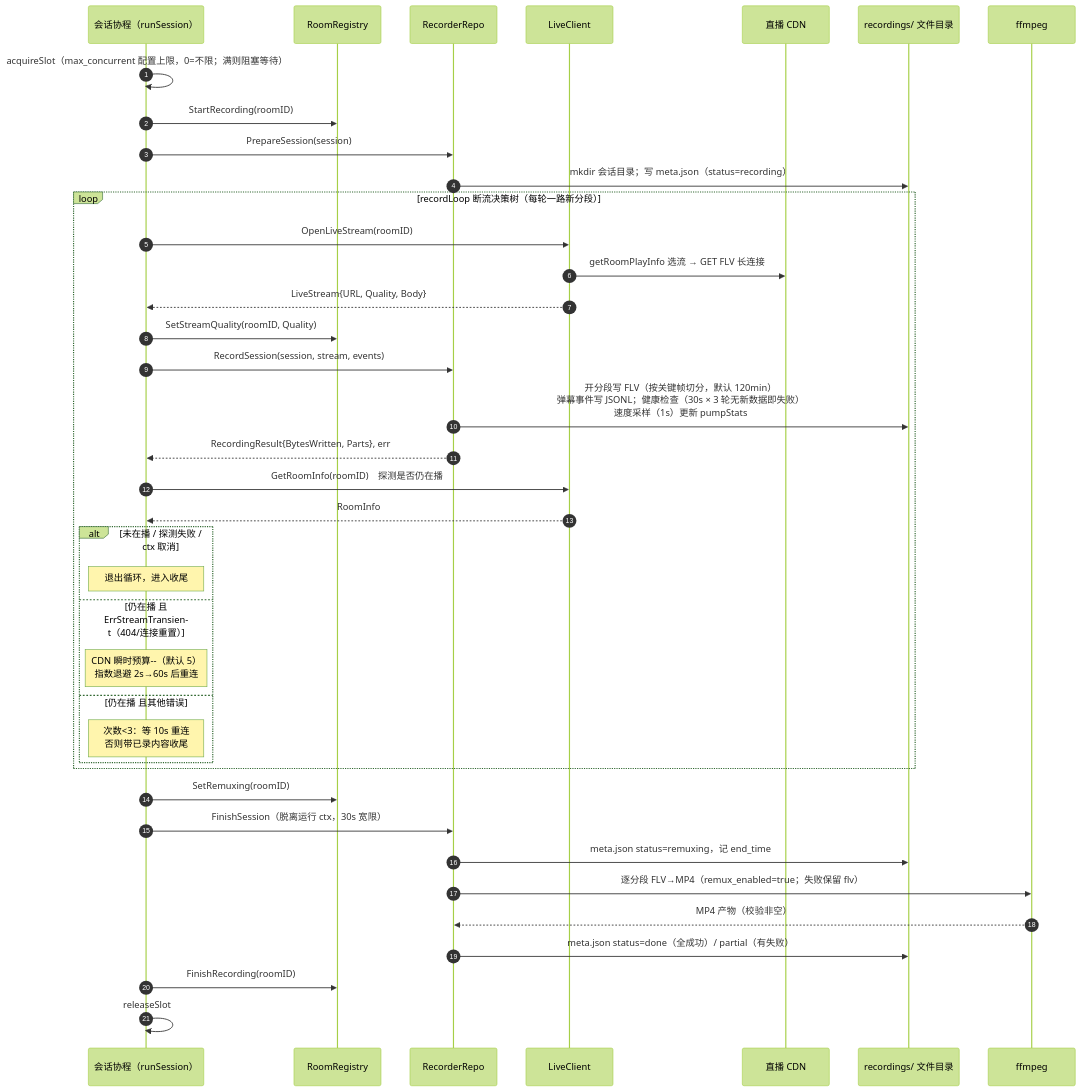
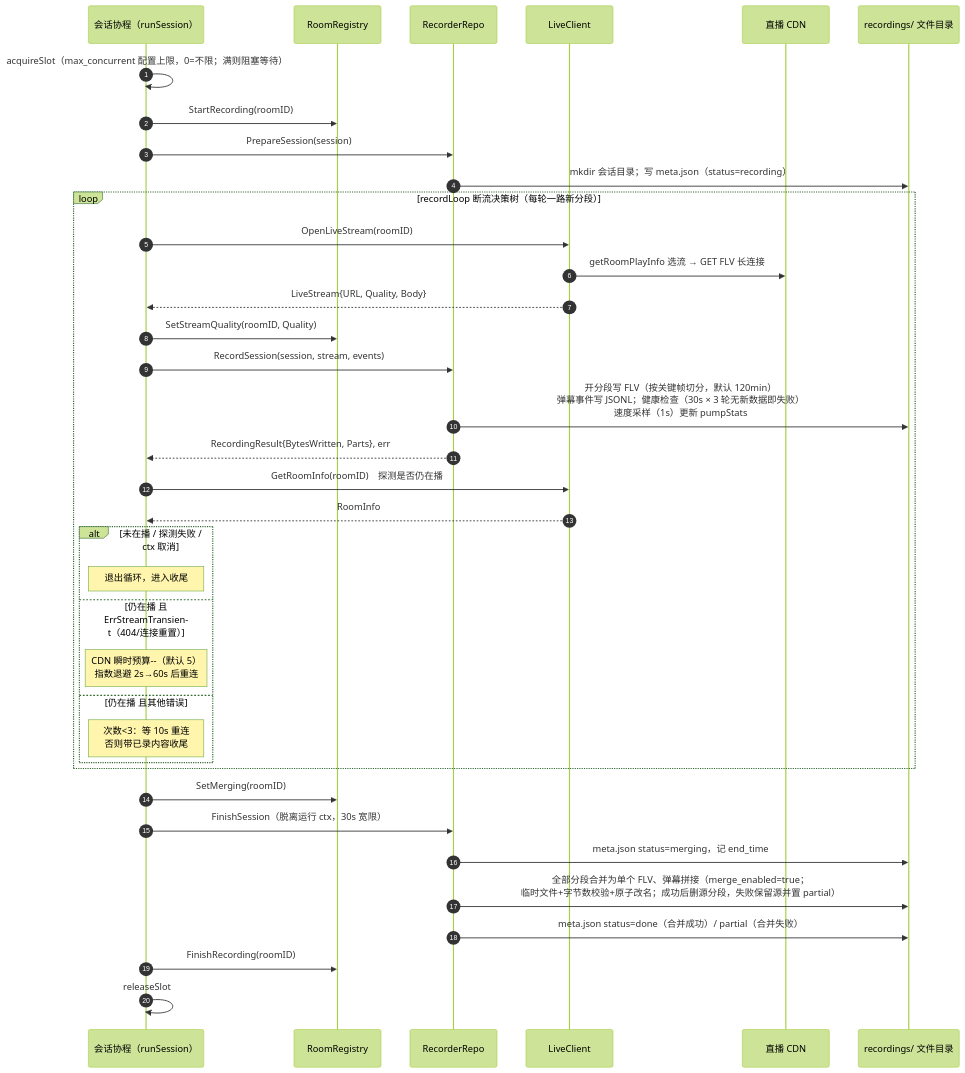
Before and after one commit to xgbt/suika: the fifth of 10 diagrams in docs/design/architecture-diagrams.md, drawn with Mermaid (forest theme). The commit also changed other lines of this file and 34 other files, not shown here.

````diff
--- a/docs/design/architecture-diagrams.md
+++ b/docs/design/architecture-diagrams.md
@@ -246,44 +244,42 @@
 ```mermaid
 sequenceDiagram
     autonumber
     participant Sess as 会话协程（runSession）
     participant G as RoomRegistry
     participant RR as RecorderRepo
     participant LC as LiveClient
     participant CDN as 直播 CDN
     participant FS as recordings/ 文件目录
-    participant FF as ffmpeg
 
     Sess->>Sess: acquireSlot（max_concurrent 配置上限，0=不限；满则阻塞等待）
     Sess->>G: StartRecording(roomID)
     Sess->>RR: PrepareSession(session)
     RR->>FS: mkdir 会话目录；写 meta.json（status=recording）
 
     loop recordLoop 断流决策树（每轮一路新分段）
         Sess->>LC: OpenLiveStream(roomID)
         LC->>CDN: getRoomPlayInfo 选流 → GET FLV 长连接
         LC-->>Sess: LiveStream{URL, Quality, Body}
         Sess->>G: SetStreamQuality(roomID, Quality)
         Sess->>RR: RecordSession(session, stream, events)
         RR->>FS: 开分段写 FLV（按关键帧切分，默认 120min）<br/>弹幕事件写 JSONL；健康检查（30s × 3 轮无新数据即失败）<br/>速度采样（1s）更新 pumpStats
         RR-->>Sess: RecordingResult{BytesWritten, Parts}, err
         Sess->>LC: GetRoomInfo(roomID)　探测是否仍在播
         LC-->>Sess: RoomInfo
         alt 未在播 / 探测失败 / ctx 取消
             Note over Sess: 退出循环，进入收尾
         else 仍在播 且 ErrStreamTransient（404/连接重置）
             Note over Sess: CDN 瞬时预算--（默认 5）<br/>指数退避 2s→60s 后重连
         else 仍在播 且其他错误
             Note over Sess: 次数<3：等 10s 重连<br/>否则带已录内容收尾
         end
     end
 
-    Sess->>G: SetRemuxing(roomID)
+    Sess->>G: SetMerging(roomID)
     Sess->>RR: FinishSession（脱离运行 ctx，30s 宽限）
-    RR->>FS: meta.json status=remuxing，记 end_time
-    RR->>FF: 逐分段 FLV→MP4（remux_enabled=true；失败保留 flv）
-    FF-->>RR: MP4 产物（校验非空）
-    RR->>FS: meta.json status=done（全成功）/ partial（有失败）
+    RR->>FS: meta.json status=merging，记 end_time
+    RR->>FS: 全部分段合并为单个 FLV、弹幕拼接（merge_enabled=true；<br/>临时文件+字节数校验+原子改名；成功后删源分段，失败保留源并置 partial）
+    RR->>FS: meta.json status=done（合并成功）/ partial（合并失败）
     Sess->>G: FinishRecording(roomID)
     Sess->>Sess: releaseSlot
 ```
````
